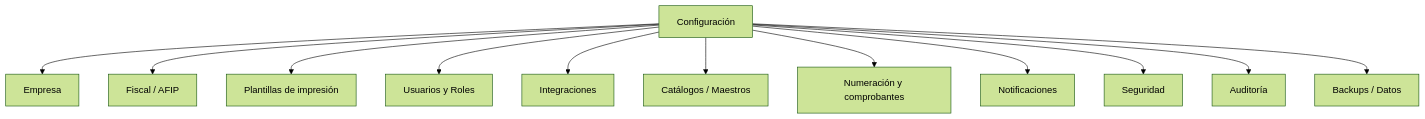
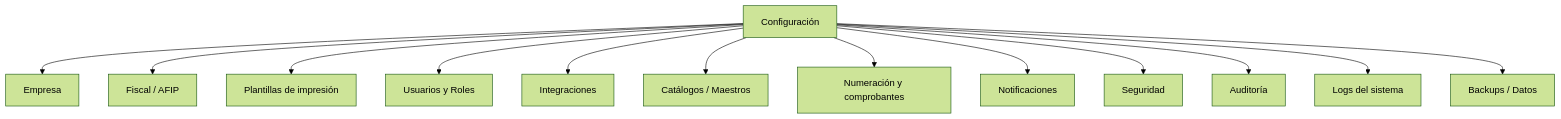
One commit to LeanMongelos/ib_erp changed the diagram in docs/08-configuracion.md. Above: the diagram before and after it, drawn with Mermaid (forest theme). The commit also changed other lines of this file and 74 other files, not shown here.

````diff
--- a/docs/08-configuracion.md
+++ b/docs/08-configuracion.md
@@ -6,14 +6,15 @@
 ```mermaid
 graph TD
     CFG[Configuración] --> EMP[Empresa]
     CFG --> FISCAL[Fiscal / AFIP]
     CFG --> TPL[Plantillas de impresión]
     CFG --> USR[Usuarios y Roles]
     CFG --> INT[Integraciones]
     CFG --> CAT[Catálogos / Maestros]
     CFG --> NUM[Numeración y comprobantes]
     CFG --> NOTIF[Notificaciones]
     CFG --> SEG[Seguridad]
     CFG --> AUD[Auditoría]
+    CFG --> LOG[Logs del sistema]
     CFG --> BK[Backups / Datos]
 ```
````
